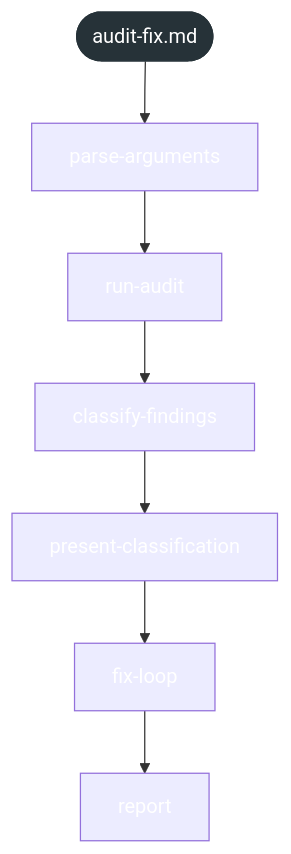
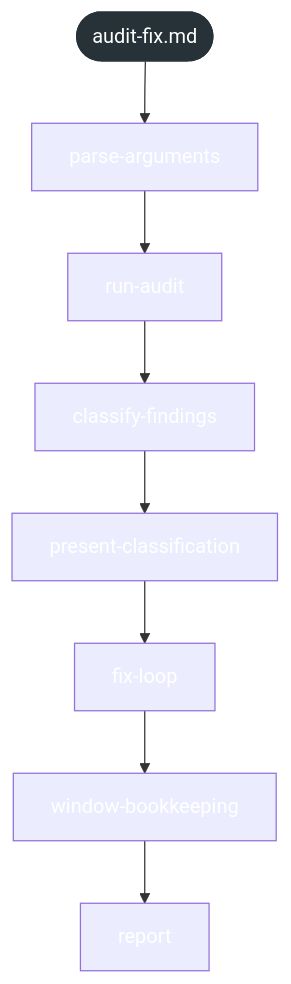
Before and after one commit to Govorin/gsd-core: the first of 2 diagrams in docs/reference/workflow-maps/audit-fix.md, drawn with Mermaid. The commit also changed other lines of this file and 6 other files, not shown here.

````diff
--- a/docs/reference/workflow-maps/audit-fix.md
+++ b/docs/reference/workflow-maps/audit-fix.md
@@ -15,26 +15,28 @@
 ```mermaid
 flowchart TB
   wf_root(["audit-fix.md"]):::root
   u_step_parse_arguments["parse-arguments"]
   u_step_run_audit["run-audit"]
   u_step_classify_findings["classify-findings"]
   u_step_present_classification["present-classification"]
   u_step_fix_loop["fix-loop"]
+  u_step_window_bookkeeping["window-bookkeeping"]
   u_step_report["report"]
   wf_root --> u_step_parse_arguments
   u_step_parse_arguments --> u_step_run_audit
   u_step_run_audit --> u_step_classify_findings
   u_step_classify_findings --> u_step_present_classification
   u_step_present_classification --> u_step_fix_loop
-  u_step_fix_loop --> u_step_report
+  u_step_fix_loop --> u_step_window_bookkeeping
+  u_step_window_bookkeeping --> u_step_report
   classDef missing fill:#fdecea,stroke:#d33,stroke-dasharray:4 3
   classDef unparsed fill:#f5f5f5,stroke:#999999,stroke-dasharray:4 3,color:#555
   classDef conditional fill:#fff8e1,stroke:#b28704
   classDef root fill:#263238,color:#ffffff,stroke:#263238
   classDef agent fill:#e8f0fe,stroke:#3367d6
   classDef builtin fill:#eeeeee,stroke:#777777
   classDef capability fill:#e6f4ea,stroke:#2e7d32
   classDef dynamic fill:#f2f2f2,stroke:#888,stroke-dasharray:2 2
   classDef point fill:#f3e8fd,stroke:#8e24aa
   classDef workflow fill:#ffffff,stroke:#555555
 ```
````
